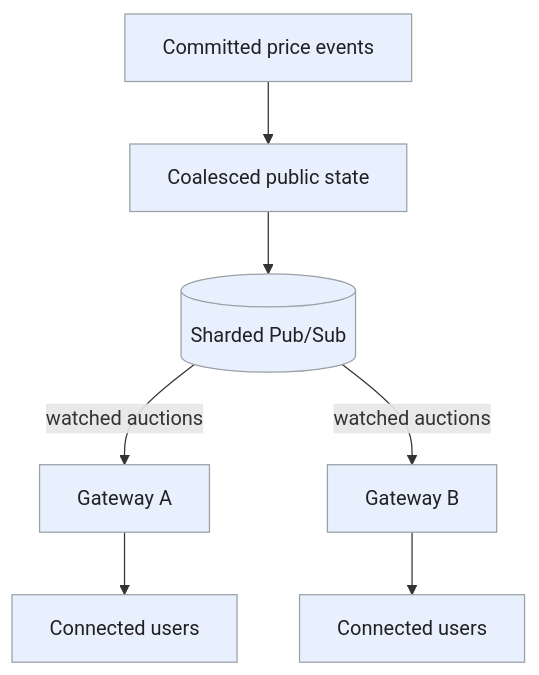
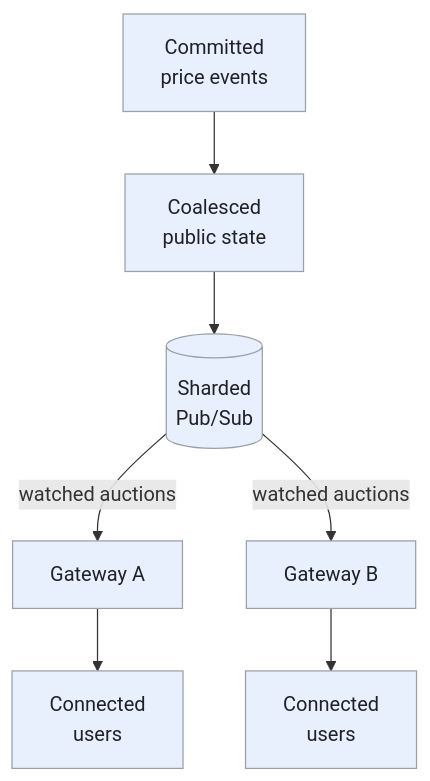
One commit to iliazlobin/iliazlobin.github.io changed the fifth of 6 diagrams in _designs/online-auction.md. Above: the diagram before and after it, drawn with Mermaid. The commit also changed other lines of this file and 116 other files, not shown here.

````diff
--- a/_designs/online-auction.md
+++ b/_designs/online-auction.md
@@ -292,13 +321,13 @@
 ```mermaid
 flowchart TB
-  F[Committed price events] --> B[Coalesced public state]
-  B --> P[(Sharded Pub/Sub)]
-  P -->|watched auctions| A[Gateway A]
-  P -->|watched auctions| C[Gateway B]
-  A --> UA[Connected users]
-  C --> UB[Connected users]
+  F["Committed<br>price events"] --> B["Coalesced<br>public state"]
+  B --> P[("Sharded<br>Pub/Sub")]
+  P -->|watched auctions| A["Gateway A"]
+  P -->|watched auctions| C["Gateway B"]
+  A --> UA["Connected<br>users"]
+  C --> UB["Connected<br>users"]
   classDef request fill:#e8f0fe,stroke:#9aa0a6,color:#202124,stroke-width:1px
   classDef background fill:#e6f4ea,stroke:#9aa0a6,color:#202124,stroke-width:1px
   classDef control fill:#fef7e0,stroke:#9aa0a6,color:#202124,stroke-width:1px
   class F,B,P,A,C,UA,UB request
 ```
````
